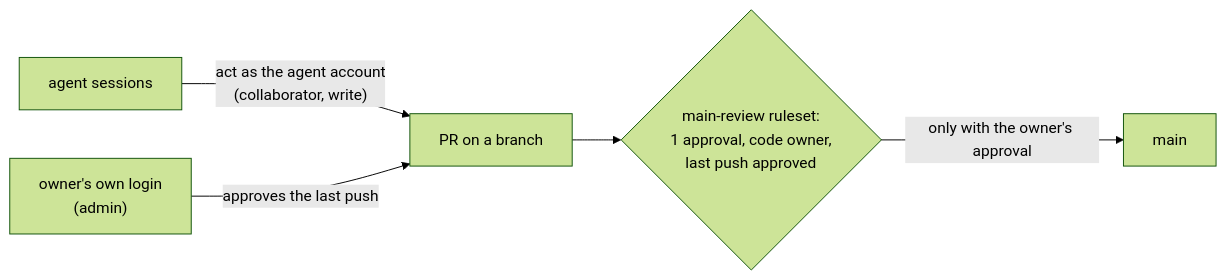
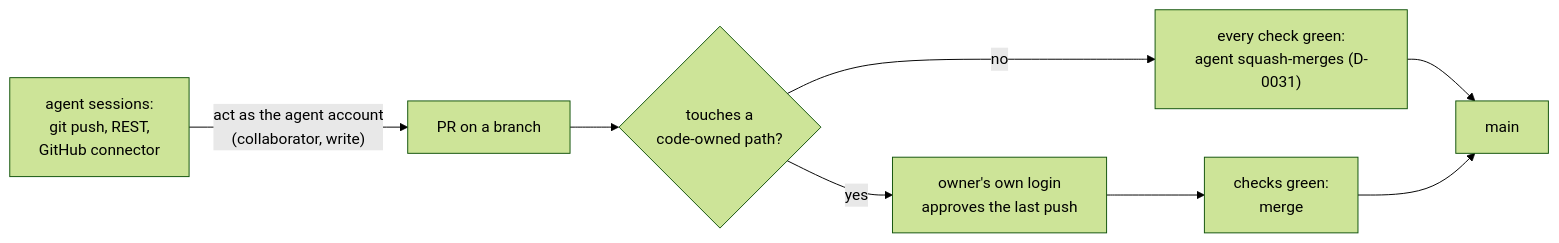
One commit to jonhill90/central-hub changed the diagram in docs/decisions/0030-give-cloud-agents-one-github-account-of-their-own.md. Above: the diagram before and after it, drawn with Mermaid (forest theme). The commit also changed other lines of this file and 2 other files, not shown here.

First line of the commit message:
docs: rewrite D-0030 to close its gaps (agent GitHub account)

````diff
--- a/docs/decisions/0030-give-cloud-agents-one-github-account-of-their-own.md
+++ b/docs/decisions/0030-give-cloud-agents-one-github-account-of-their-own.md
@@ -44,7 +58,9 @@
 ```mermaid
 flowchart LR
-  A["agent sessions"] -->|"act as the agent account<br/>(collaborator, write)"| PR["PR on a branch"]
-  O["owner's own login<br/>(admin)"] -->|"approves the last push"| PR
-  PR --> R{"main-review ruleset:<br/>1 approval, code owner,<br/>last push approved"}
-  R -->|"only with the owner's approval"| M["main"]
+  A["agent sessions:<br/>git push, REST,<br/>GitHub connector"] -->|"act as the agent account<br/>(collaborator, write)"| PR["PR on a branch"]
+  PR --> C{"touches a<br/>code-owned path?"}
+  C -- no --> G["every check green:<br/>agent squash-merges (D-0031)"]
+  C -- yes --> O["owner's own login<br/>approves the last push"] --> G2["checks green:<br/>merge"]
+  G --> M["main"]
+  G2 --> M
 ```
````
